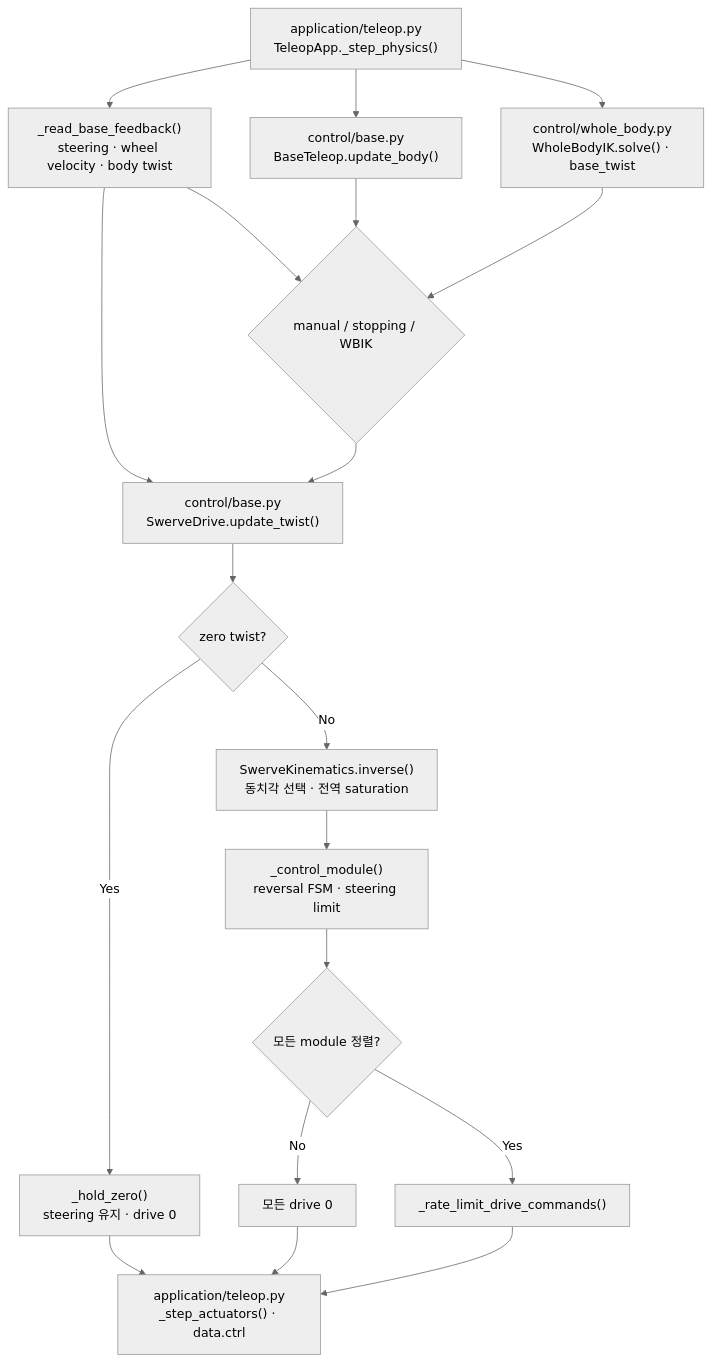
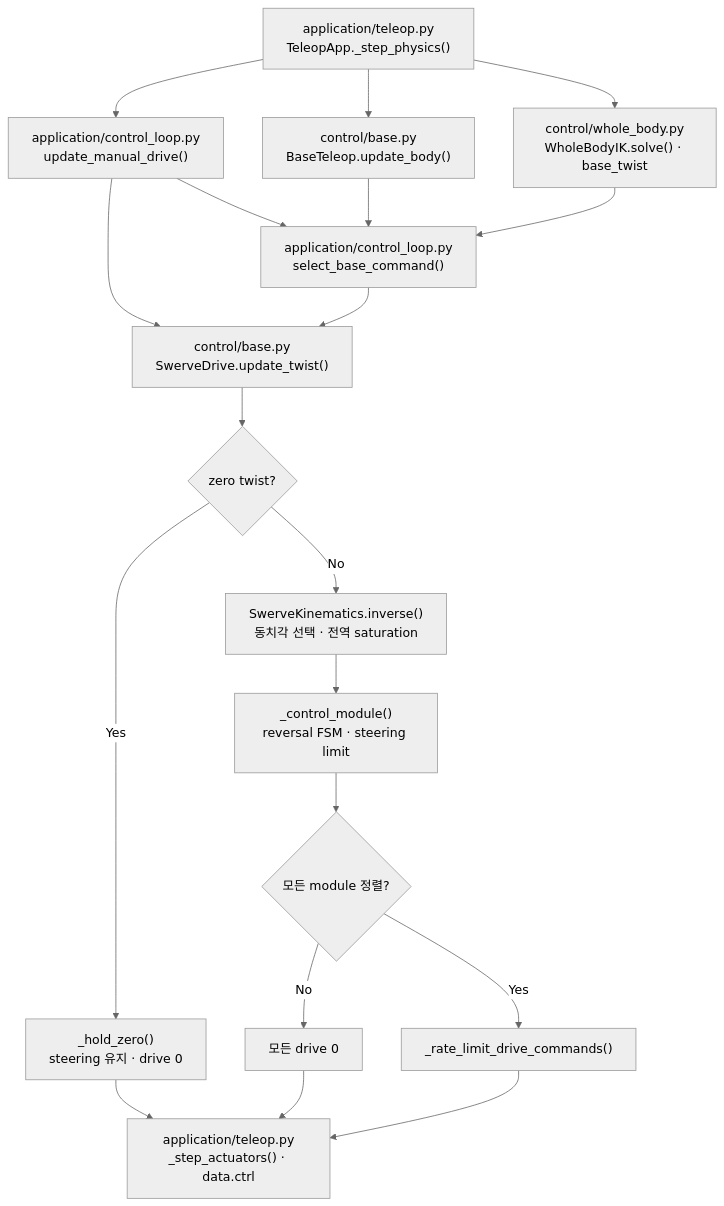
The diagram in docs/guide/base_teleop.md (Geonhee-LEE/aiworker-mj-lab), drawn with Mermaid (neutral theme) before and after one commit. The commit also changed other lines of this file and 18 other files, not shown here.

````diff
--- a/docs/guide/base_teleop.md
+++ b/docs/guide/base_teleop.md
@@ -163,30 +164,30 @@
 ```mermaid
 flowchart TD
     APP["application/teleop.py<br>TeleopApp._step_physics()"]
-    FB["_read_base_feedback()<br>steering · wheel velocity · body twist"]
+    FB["application/control_loop.py<br>update_manual_drive()"]
     KEY["control/base.py<br>BaseTeleop.update_body()"]
     IK["control/whole_body.py<br>WholeBodyIK.solve() · base_twist"]
-    ARB{"manual / stopping / WBIK"}
+    ARB["application/control_loop.py<br>select_base_command()"]
     DRIVE["control/base.py<br>SwerveDrive.update_twist()"]
     ZERO{"zero twist?"}
     HOLD["_hold_zero()<br>steering 유지 · drive 0"]
     INV["SwerveKinematics.inverse()<br>동치각 선택 · 전역 saturation"]
     MOD["_control_module()<br>reversal FSM · steering limit"]
     ALIGN{"모든 module 정렬?"}
     GATE["모든 drive 0"]
     RATE["_rate_limit_drive_commands()"]
     ACT["application/teleop.py<br>_step_actuators() · data.ctrl"]
 
     APP --> FB
     APP --> KEY
     APP --> IK
     FB --> ARB
     FB --> DRIVE
     KEY --> ARB
     IK --> ARB
     ARB --> DRIVE --> ZERO
     ZERO -- Yes --> HOLD --> ACT
     ZERO -- No --> INV --> MOD --> ALIGN
     ALIGN -- No --> GATE --> ACT
     ALIGN -- Yes --> RATE --> ACT
 ```
````
